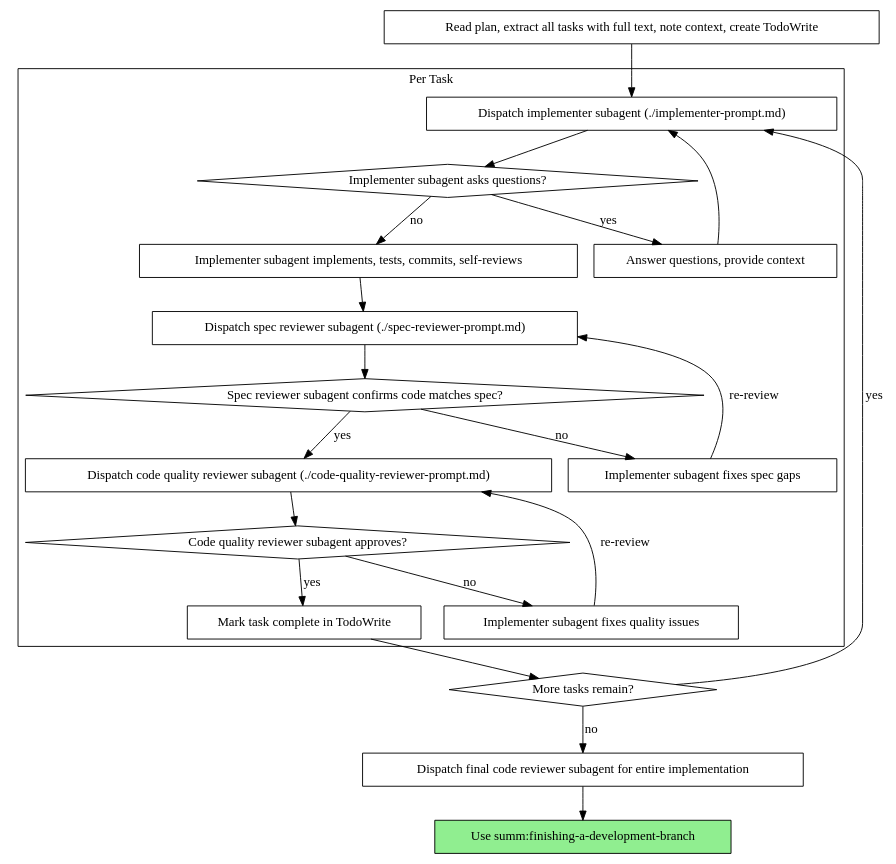
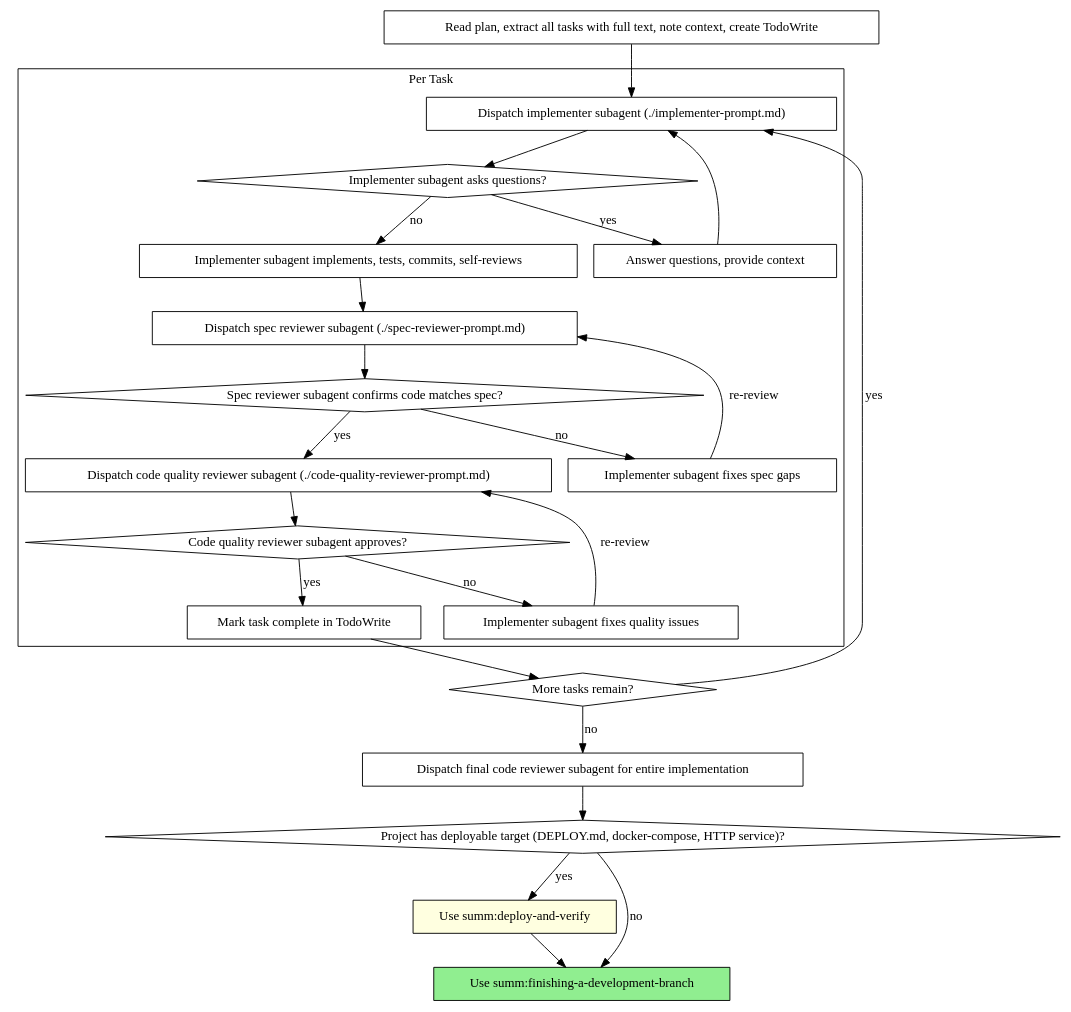
One commit to JhihJian/SUMM-Powers changed the diagram in skills/subagent-driven-development/SKILL.md. Above: the diagram before and after it, drawn with Graphviz. The commit also changed other lines of this file, not shown here.

Commit message:
refactor: add deploy-and-verify as optional step after subagent tasks
After final code review, check if project has a deployable target.
If yes, run deploy-and-verify before finishing-a-development-branch.

via [HAPI](https://hapi.run)

````diff
--- a/skills/subagent-driven-development/SKILL.md
+++ b/skills/subagent-driven-development/SKILL.md
@@ -26,44 +26,49 @@
 ```dot
 digraph process {
     rankdir=TB;
 
     subgraph cluster_per_task {
         label="Per Task";
         "Dispatch implementer subagent (./implementer-prompt.md)" [shape=box];
         "Implementer subagent asks questions?" [shape=diamond];
         "Answer questions, provide context" [shape=box];
         "Implementer subagent implements, tests, commits, self-reviews" [shape=box];
         "Dispatch spec reviewer subagent (./spec-reviewer-prompt.md)" [shape=box];
         "Spec reviewer subagent confirms code matches spec?" [shape=diamond];
         "Implementer subagent fixes spec gaps" [shape=box];
         "Dispatch code quality reviewer subagent (./code-quality-reviewer-prompt.md)" [shape=box];
         "Code quality reviewer subagent approves?" [shape=diamond];
         "Implementer subagent fixes quality issues" [shape=box];
         "Mark task complete in TodoWrite" [shape=box];
     }
 
     "Read plan, extract all tasks with full text, note context, create TodoWrite" [shape=box];
     "More tasks remain?" [shape=diamond];
     "Dispatch final code reviewer subagent for entire implementation" [shape=box];
+    "Project has deployable target (DEPLOY.md, docker-compose, HTTP service)?" [shape=diamond];
+    "Use summ:deploy-and-verify" [shape=box style=filled fillcolor=lightyellow];
     "Use summ:finishing-a-development-branch" [shape=box style=filled fillcolor=lightgreen];
 
     "Read plan, extract all tasks with full text, note context, create TodoWrite" -> "Dispatch implementer subagent (./implementer-prompt.md)";
     "Dispatch implementer subagent (./implementer-prompt.md)" -> "Implementer subagent asks questions?";
     "Implementer subagent asks questions?" -> "Answer questions, provide context" [label="yes"];
     "Answer questions, provide context" -> "Dispatch implementer subagent (./implementer-prompt.md)";
     "Implementer subagent asks questions?" -> "Implementer subagent implements, tests, commits, self-reviews" [label="no"];
     "Implementer subagent implements, tests, commits, self-reviews" -> "Dispatch spec reviewer subagent (./spec-reviewer-prompt.md)";
     "Dispatch spec reviewer subagent (./spec-reviewer-prompt.md)" -> "Spec reviewer subagent confirms code matches spec?";
     "Spec reviewer subagent confirms code matches spec?" -> "Implementer subagent fixes spec gaps" [label="no"];
     "Implementer subagent fixes spec gaps" -> "Dispatch spec reviewer subagent (./spec-reviewer-prompt.md)" [label="re-review"];
     "Spec reviewer subagent confirms code matches spec?" -> "Dispatch code quality reviewer subagent (./code-quality-reviewer-prompt.md)" [label="yes"];
     "Dispatch code quality reviewer subagent (./code-quality-reviewer-prompt.md)" -> "Code quality reviewer subagent approves?";
     "Code quality reviewer subagent approves?" -> "Implementer subagent fixes quality issues" [label="no"];
     "Implementer subagent fixes quality issues" -> "Dispatch code quality reviewer subagent (./code-quality-reviewer-prompt.md)" [label="re-review"];
     "Code quality reviewer subagent approves?" -> "Mark task complete in TodoWrite" [label="yes"];
     "Mark task complete in TodoWrite" -> "More tasks remain?";
     "More tasks remain?" -> "Dispatch implementer subagent (./implementer-prompt.md)" [label="yes"];
     "More tasks remain?" -> "Dispatch final code reviewer subagent for entire implementation" [label="no"];
-    "Dispatch final code reviewer subagent for entire implementation" -> "Use summ:finishing-a-development-branch";
+    "Dispatch final code reviewer subagent for entire implementation" -> "Project has deployable target (DEPLOY.md, docker-compose, HTTP service)?";
+    "Project has deployable target (DEPLOY.md, docker-compose, HTTP service)?" -> "Use summ:deploy-and-verify" [label="yes"];
+    "Project has deployable target (DEPLOY.md, docker-compose, HTTP service)?" -> "Use summ:finishing-a-development-branch" [label="no"];
+    "Use summ:deploy-and-verify" -> "Use summ:finishing-a-development-branch";
 }
 ```
````
